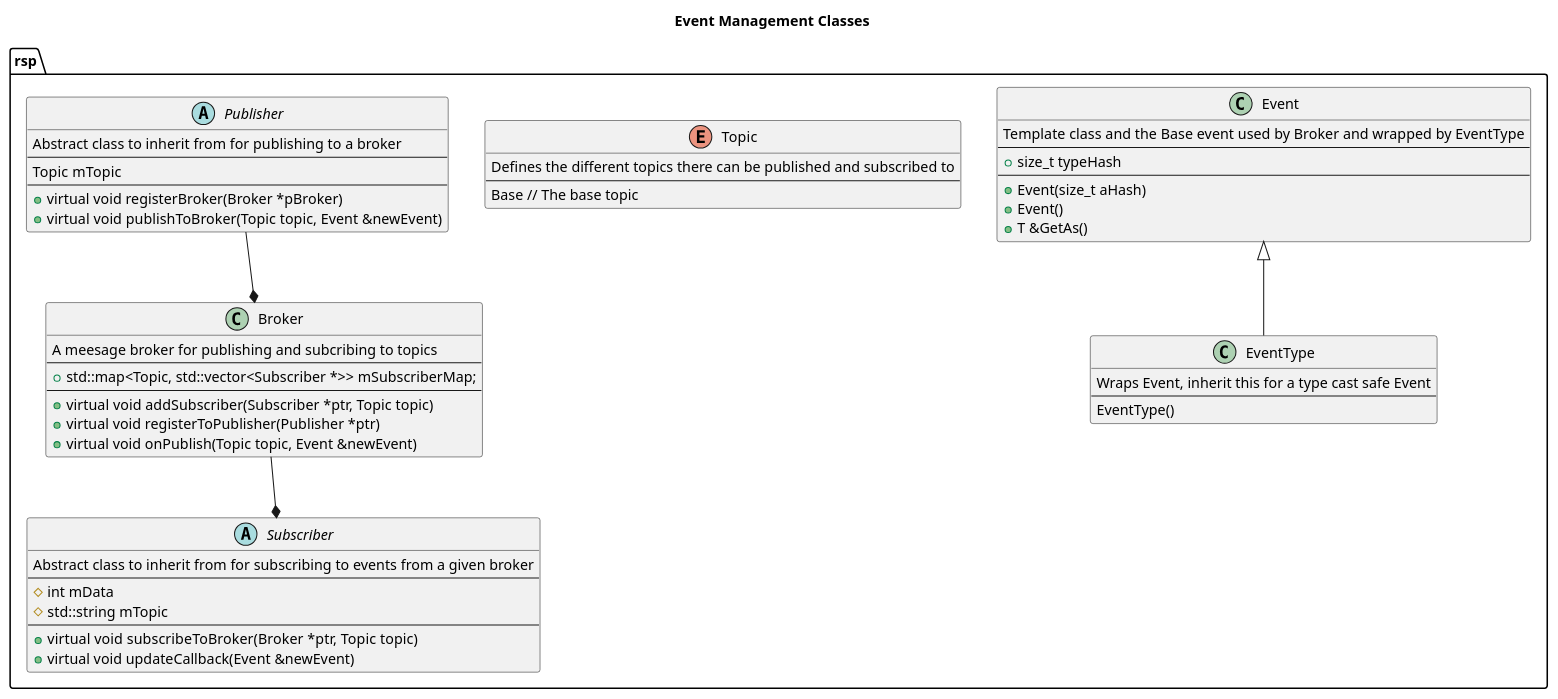
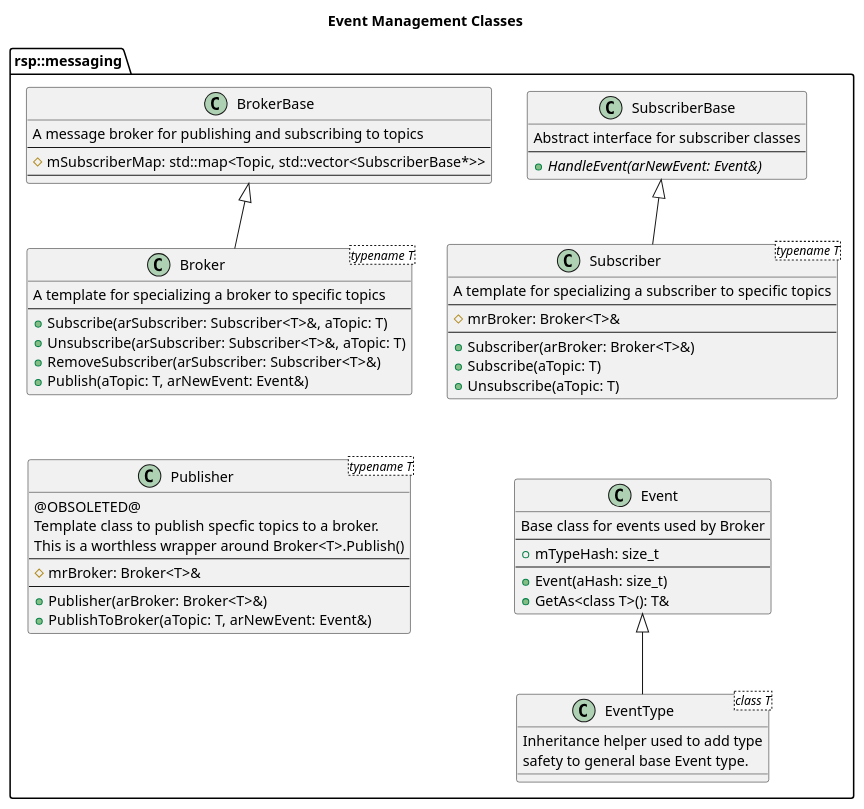
Before and after one commit to rsps/rsp-core-library: the diagram in docs/uml/Event Management Classes.puml, drawn with PlantUML. The commit also changed 14 other files, not shown here.

Commit message:
Updating UML diagrams

```diff
--- a/docs/uml/Event Management Classes.puml
+++ b/docs/uml/Event Management Classes.puml
@@ -1,62 +1,74 @@
 @startuml
 
 title Event Management Classes
 
-namespace rsp{
-    class Event{
-        Template class and the Base event used by Broker and wrapped by EventType
+namespace rsp::messaging {
+
+    class Event {
+        Base class for events used by Broker
         --
-        +size_t typeHash
+        +mTypeHash: size_t
         --
-        +Event(size_t aHash)
-        +Event()
-        +T &GetAs()
+        +Event(aHash: size_t)
+        +GetAs<class T>(): T&
     }
 
-    class EventType{
-        Wraps Event, inherit this for a type cast safe Event
-        --
-        EventType()
-    }
-    EventType -up-|> Event
-
-    enum Topic {
-        Defines the different topics there can be published and subscribed to
-        --
-        Base // The base topic
+    class EventType<class T> {
+        Inheritance helper used to add type
+        safety to general base Event type.
     }
 
-    abstract class Publisher {
-        Abstract class to inherit from for publishing to a broker
+    Event <|-- EventType
+
+    class Publisher<typename T> {
+        @OBSOLETED@
+        Template class to publish specfic topics to a broker.
+        This is a worthless wrapper around Broker<T>.Publish()
         --
-        Topic mTopic
+        #mrBroker: Broker<T>&
         --
-        +virtual void registerBroker(Broker *pBroker)
-        +virtual void publishToBroker(Topic topic, Event &newEvent)
+        +Publisher(arBroker: Broker<T>&)
+        +PublishToBroker(aTopic: T, arNewEvent: Event&)
     }
 
-    abstract class Subscriber {
-        Abstract class to inherit from for subscribing to events from a given broker
+    class SubscriberBase {
+        Abstract interface for subscriber classes
         --
-        #int mData
-        #std::string mTopic
-        --
-        +virtual void subscribeToBroker(Broker *ptr, Topic topic)
-        +virtual void updateCallback(Event &newEvent)
+        +{abstract}HandleEvent(arNewEvent: Event&)
     }
 
-    class Broker {
-        A meesage broker for publishing and subcribing to topics
+    class Subscriber<typename T> {
+        A template for specializing a subscriber to specific topics
         --
-        +std::map<Topic, std::vector<Subscriber *>> mSubscriberMap;
+        #mrBroker: Broker<T>&
         --
-        +virtual void addSubscriber(Subscriber *ptr, Topic topic)
-        +virtual void registerToPublisher(Publisher *ptr)
-        +virtual void onPublish(Topic topic, Event &newEvent)
+        +Subscriber(arBroker: Broker<T>&)
+        +Subscribe(aTopic: T)
+        +Unsubscribe(aTopic: T)
     }
 
-    Broker --* Subscriber
-    Publisher --* Broker
+    SubscriberBase <|-- Subscriber
+
+    class BrokerBase {
+        A message broker for publishing and subscribing to topics
+        --
+        #mSubscriberMap: std::map<Topic, std::vector<SubscriberBase*>>
+        --
+    }
+
+    class Broker<typename T> {
+        A template for specializing a broker to specific topics
+        --
+        +Subscribe(arSubscriber: Subscriber<T>&, aTopic: T)
+        +Unsubscribe(arSubscriber: Subscriber<T>&, aTopic: T)
+        +RemoveSubscriber(arSubscriber: Subscriber<T>&)
+        +Publish(aTopic: T, arNewEvent: Event&)
+    }
+
+    BrokerBase <|-- Broker
+    
+    Broker -[hidden]down- Publisher
+    Subscriber -[hidden]down- Event
 }
 
 @enduml
```
